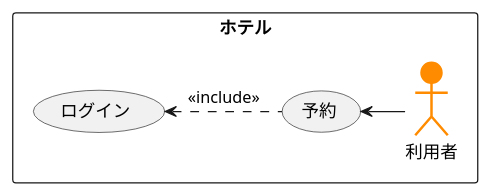
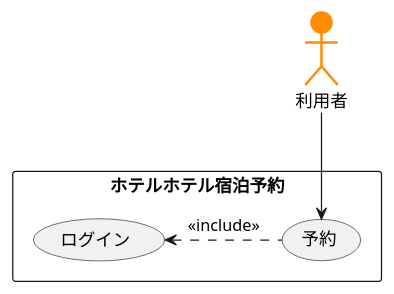
Before and after one commit to isikawayuto/uml-introduction: the diagram in 演習2-3_ホテル宿泊予約.pu, drawn with PlantUML.

Commit message:
練習2-3

```diff
--- a/演習2-3_ホテル宿泊予約.pu
+++ b/演習2-3_ホテル宿泊予約.pu
@@ -1,9 +1,9 @@
 @startuml ユースケース図
-rectangle ホテル{
+actor 利用者 #ff8c00;line:Darkorange;line.bold;
+rectangle ホテルホテル宿泊予約{
 usecase 予約
 usecase ログイン
-actor 利用者 #ff8c00;line:Darkorange;line.bold;
 }
-ログイン<. 予約: <<include>>
-利用者 -left-> 予約
+ログイン <. 予約: <<include>>
+利用者 --> 予約
 @enduml
```
